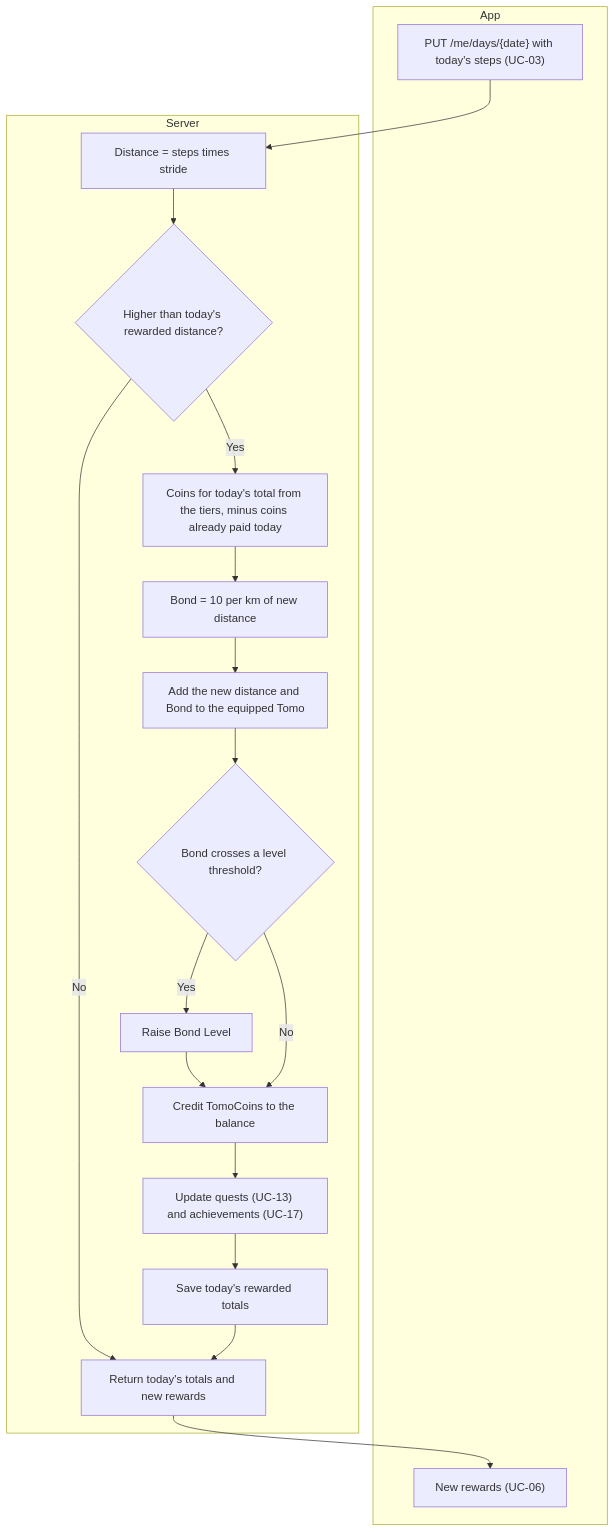
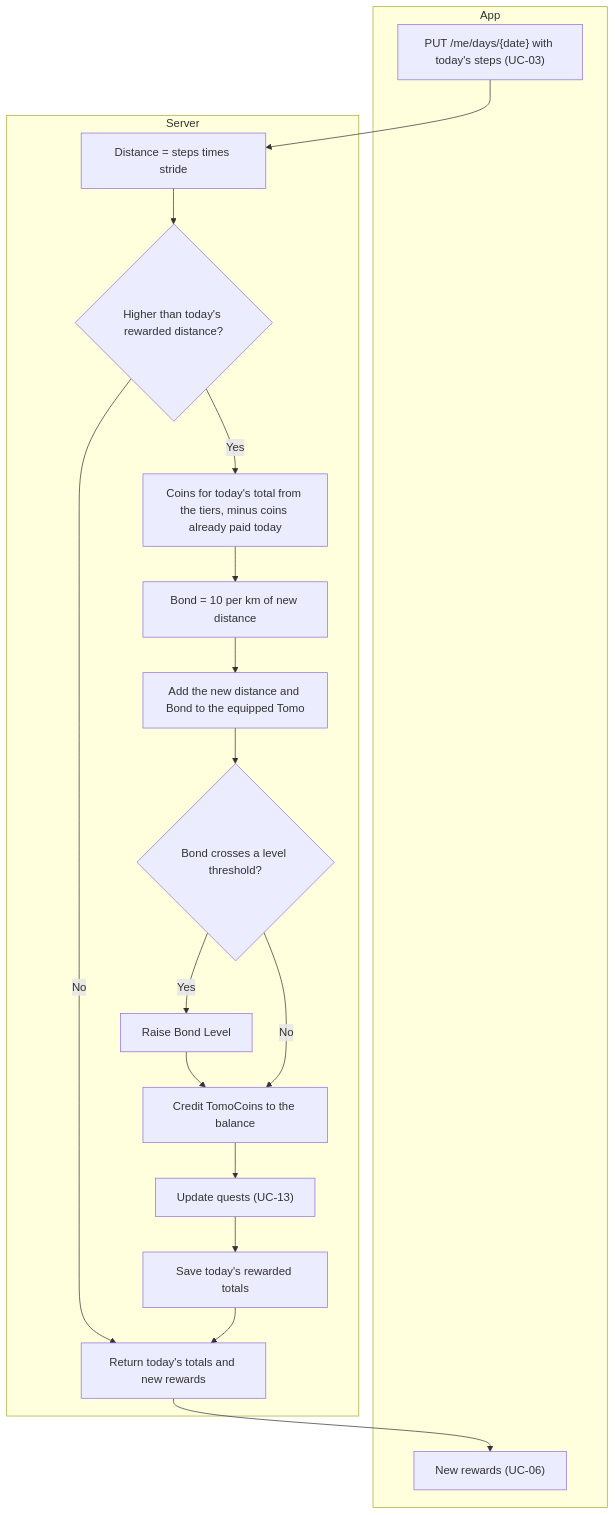
Before and after one commit to zhangs-tech/runtomo: the diagram in docs/usecases/UC-05-calculate-daily-rewards.md, drawn with Mermaid. The commit also changed other lines of this file and 13 other files, not shown here.

Commit message:
docs: move static game data out of ERD and drop achievements from MVP

````diff
--- a/docs/usecases/UC-05-calculate-daily-rewards.md
+++ b/docs/usecases/UC-05-calculate-daily-rewards.md
@@ -84,21 +84,21 @@
 ```mermaid
 flowchart TD
     subgraph App
         SYNC["PUT /me/days/{date} with today's steps (UC-03)"]
         SHOW["New rewards (UC-06)"]
     end
     subgraph Server
         DIST["Distance = steps times stride"] --> NEW{"Higher than today's rewarded distance?"}
         NEW -- No --> OUT
         NEW -- Yes --> COINS["Coins for today's total from the tiers, minus coins already paid today"]
         COINS --> BOND["Bond = 10 per km of new distance"]
         BOND --> TOMO["Add the new distance and Bond to the equipped Tomo"]
         TOMO --> LVL{"Bond crosses a level threshold?"}
         LVL -- Yes --> UPL["Raise Bond Level"] --> CREDIT
         LVL -- No --> CREDIT["Credit TomoCoins to the balance"]
-        CREDIT --> PROG["Update quests (UC-13) and achievements (UC-17)"]
+        CREDIT --> PROG["Update quests (UC-13)"]
         PROG --> SAVE["Save today's rewarded totals"] --> OUT["Return today's totals and new rewards"]
     end
     SYNC --> DIST
     OUT --> SHOW
 ```
````
